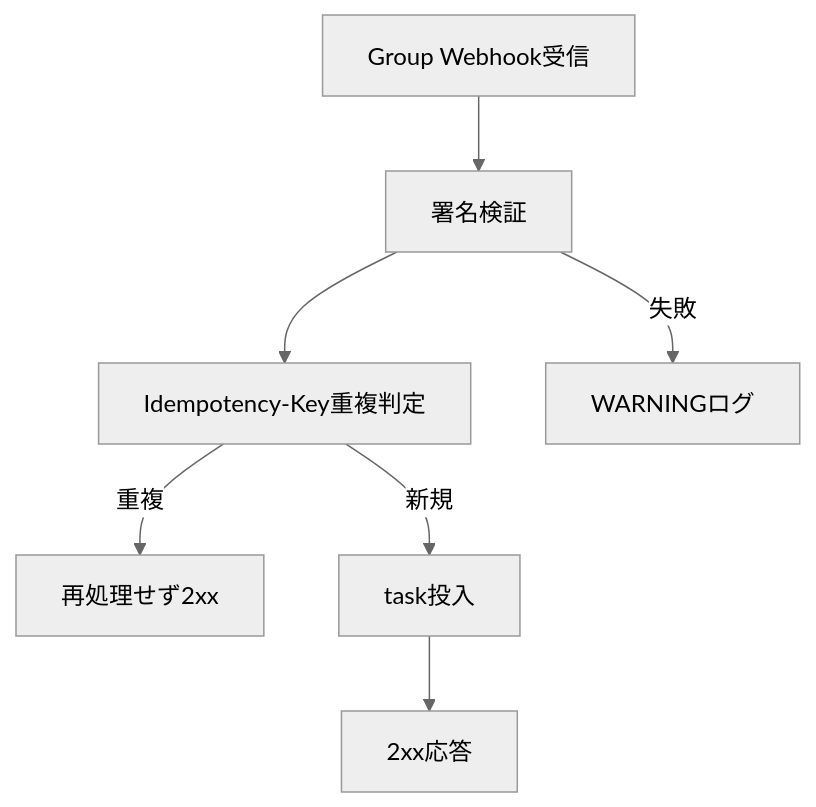
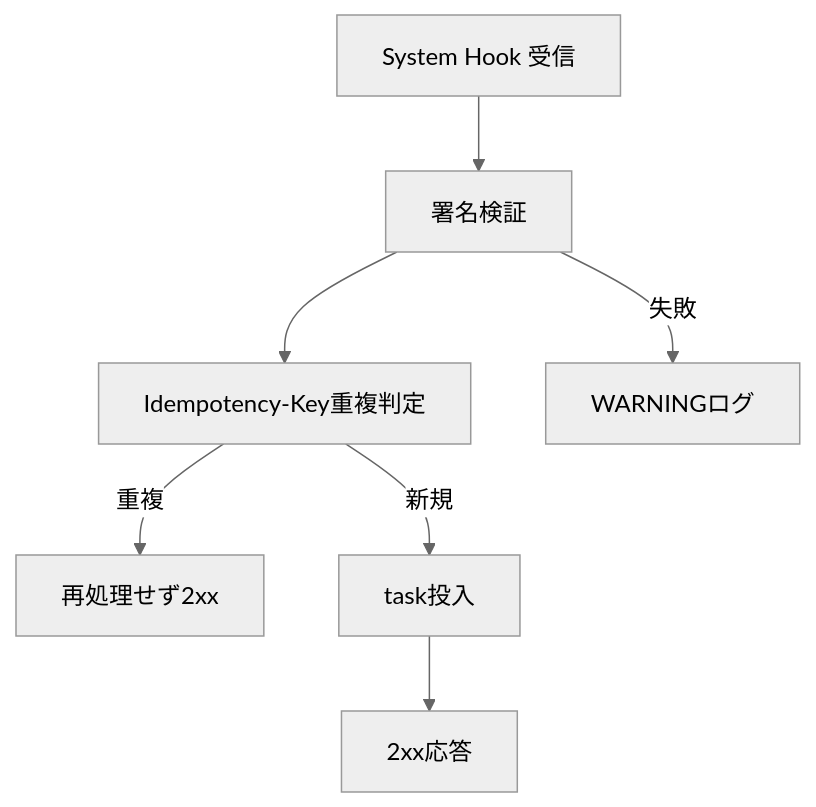
The seventh of 9 diagrams in docs/detail_design.md (notfolder/CodingAgentAutomata), drawn with Mermaid (neutral theme) before and after one commit. The commit also changed other lines of this file and 8 other files, not shown here.

````diff
--- a/docs/detail_design.md
+++ b/docs/detail_design.md
@@ -238,9 +238,9 @@
 ```mermaid
 flowchart TD
-  A[Group Webhook受信] --> B[署名検証]
+  A[System Hook 受信] --> B[署名検証]
   B --> C[Idempotency-Key重複判定]
   C -->|重複| D[再処理せず2xx]
   C -->|新規| E[task投入]
   E --> F[2xx応答]
   B -->|失敗| G[WARNINGログ]
 ```
````
